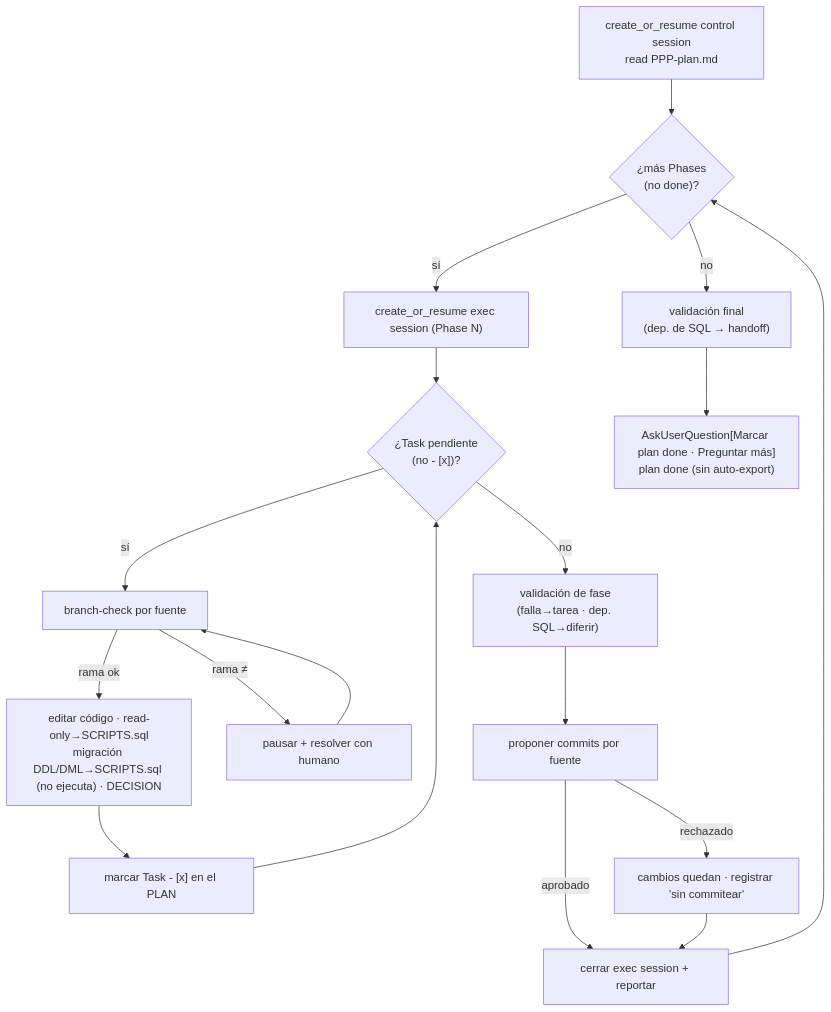
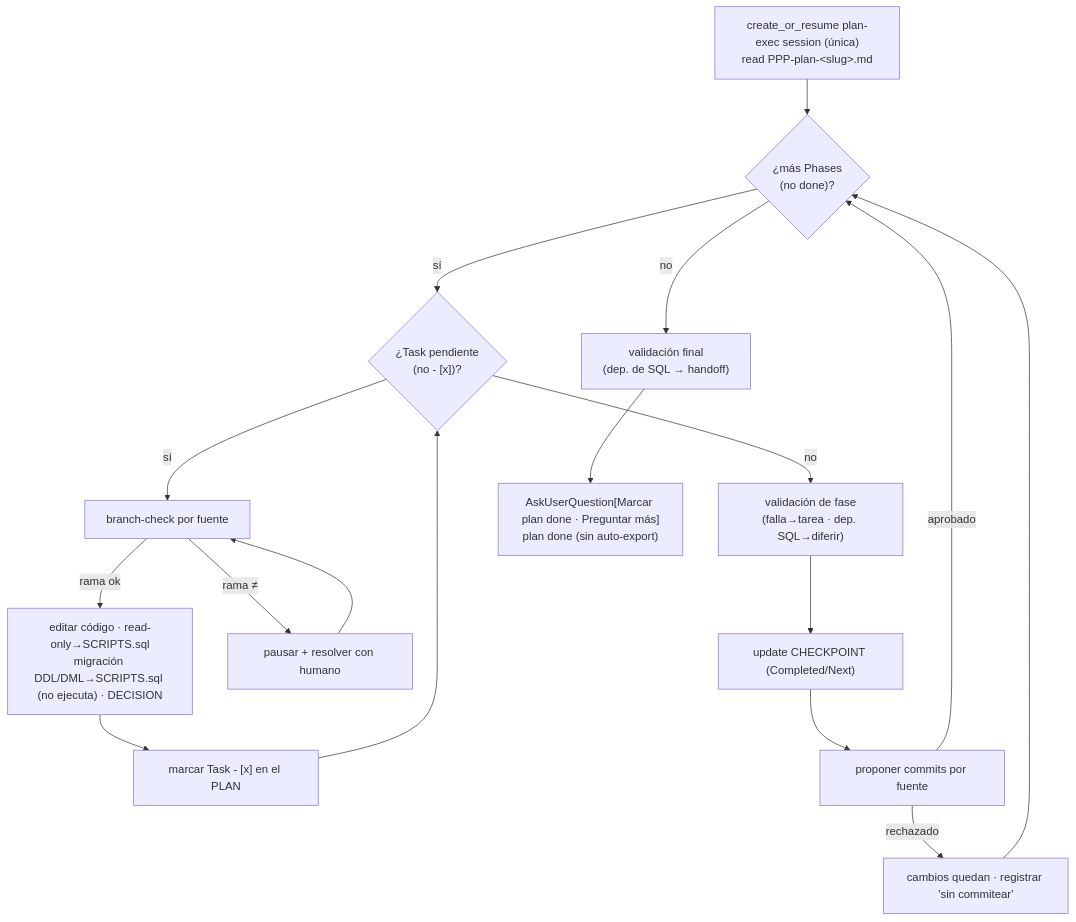
The diagram in skills/w/loops/plan-exec-loop/SKILL.md (Tacuchi/agent-workflow-cli), drawn with Mermaid before and after one commit. The commit also changed other lines of this file and 23 other files, not shown here.

````diff
--- a/skills/w/loops/plan-exec-loop/SKILL.md
+++ b/skills/w/loops/plan-exec-loop/SKILL.md
@@ -138,20 +138,19 @@
 ```mermaid
 flowchart TD
-    S["create_or_resume control session<br/>read PPP-plan.md"] --> P{"¿más Phases<br/>(no done)?"}
+    S["create_or_resume plan-exec session (única)<br/>read PPP-plan-&lt;slug&gt;.md"] --> P{"¿más Phases<br/>(no done)?"}
     P -->|no| V2["validación final<br/>(dep. de SQL → handoff)"]
-    P -->|sí| ES["create_or_resume exec session (Phase N)"]
-    ES --> T{"¿Task pendiente<br/>(no - [x])?"}
+    P -->|sí| T{"¿Task pendiente<br/>(no - [x])?"}
     T -->|sí| G["branch-check por fuente"]
     G -->|rama ok| DO["editar código · read-only→SCRIPTS.sql<br/>migración DDL/DML→SCRIPTS.sql (no ejecuta) · DECISION"]
     G -->|rama ≠| PA["pausar + resolver con humano"]
     PA --> G
     DO --> MK["marcar Task - [x] en el PLAN"]
     MK --> T
     T -->|no| VP["validación de fase<br/>(falla→tarea · dep. SQL→diferir)"]
-    VP --> CM["proponer commits por fuente"]
-    CM -->|aprobado| CL["cerrar exec session + reportar"]
+    VP --> CK["update CHECKPOINT (Completed/Next)"]
+    CK --> CM["proponer commits por fuente"]
+    CM -->|aprobado| P
     CM -->|rechazado| RJ["cambios quedan · registrar 'sin commitear'"]
-    RJ --> CL
-    CL --> P
+    RJ --> P
     V2 --> FIN["AskUserQuestion[Marcar plan done · Preguntar más]<br/>plan done (sin auto-export)"]
 ```
````
